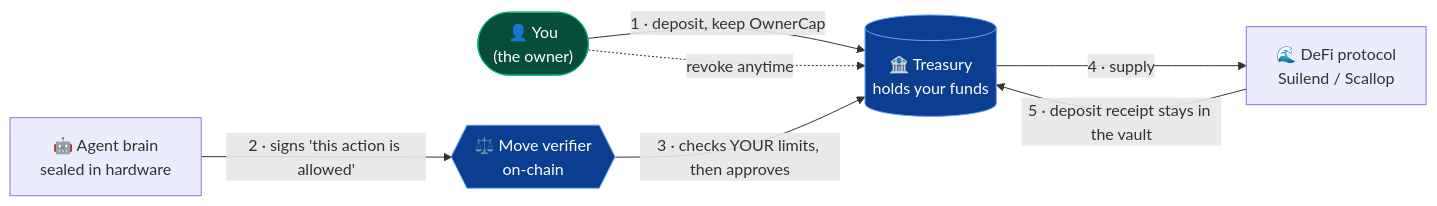
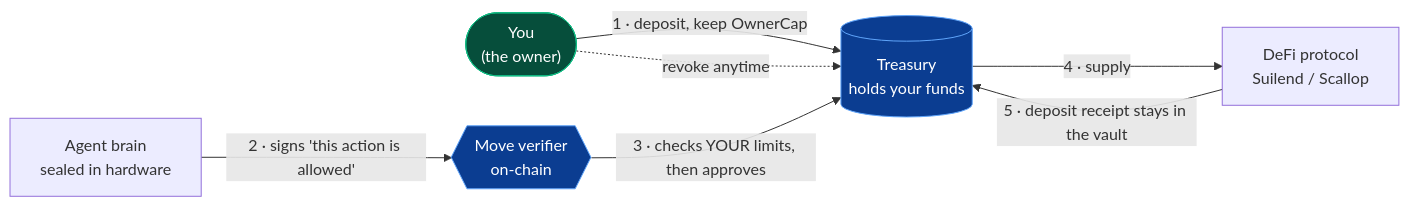
Before and after one commit to speedxgul/looping-agent: the first of 9 diagrams in docs/treasury-agent-design.md, drawn with Mermaid. The commit also changed other lines of this file and 13 other files, not shown here.

````diff
--- a/docs/treasury-agent-design.md
+++ b/docs/treasury-agent-design.md
@@ -42,20 +53,20 @@
 ```mermaid
 flowchart LR
-    Owner(["👤 You<br/>(the owner)"])
-    Vault[("🏦 Treasury<br/>holds your funds")]
-    Agent["🤖 Agent brain<br/>sealed in hardware"]
-    Judge{{"⚖️ Move verifier<br/>on-chain"}}
-    Pool["🌊 DeFi protocol<br/>Suilend / Scallop"]
+    Owner(["You<br/>(the owner)"])
+    Vault[("Treasury<br/>holds your funds")]
+    Agent["Agent brain<br/>sealed in hardware"]
+    Judge{{"Move verifier<br/>on-chain"}}
+    Pool["DeFi protocol<br/>Suilend / Scallop"]
 
     Owner -- "1 · deposit, keep OwnerCap" --> Vault
     Agent -- "2 · signs 'this action is allowed'" --> Judge
     Judge -- "3 · checks YOUR limits, then approves" --> Vault
     Vault -- "4 · supply" --> Pool
     Pool -- "5 · deposit receipt stays in the vault" --> Vault
     Owner -. "revoke anytime" .-> Vault
 
     classDef own fill:#064e3b,stroke:#10b981,color:#fff;
     classDef chain fill:#0b3d91,stroke:#60a5fa,color:#fff;
     class Vault,Judge chain;
     class Owner own;
 ```
````
